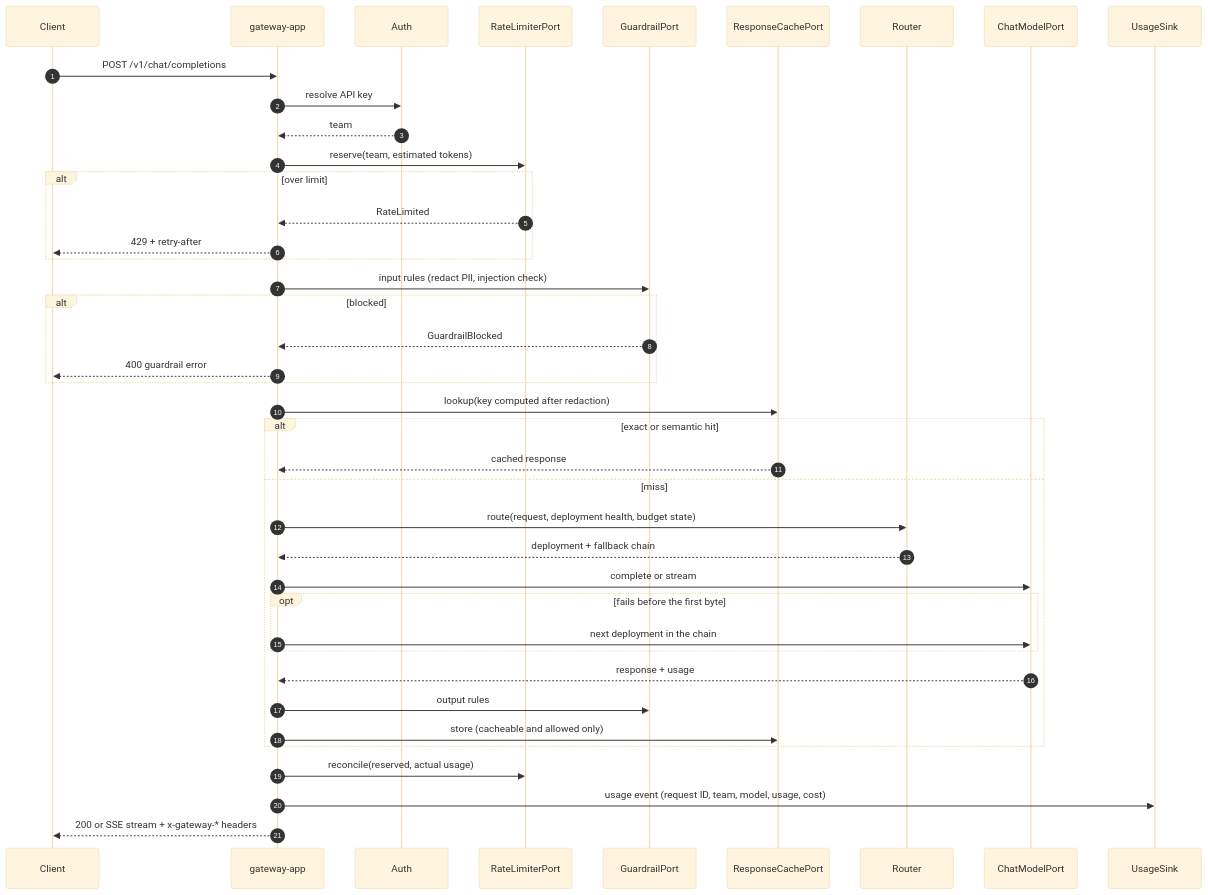
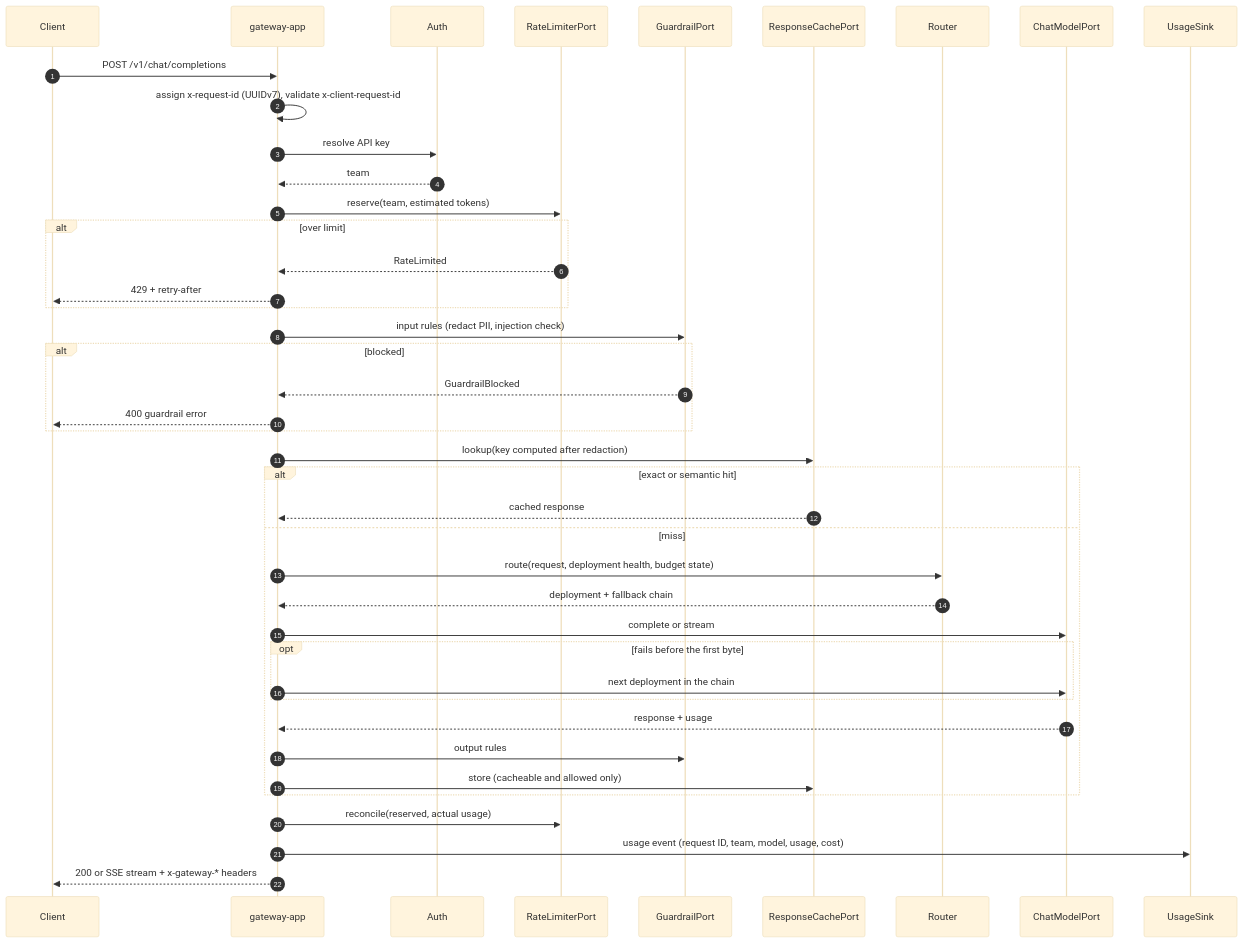
Before and after one commit to pdroacordi/kotlin-llm-gateway: the diagram in docs/diagrams/sequence-chat-completion.md, drawn with Mermaid (base theme). The commit also changed other lines of this file and 59 other files, not shown here.

````diff
--- a/docs/diagrams/sequence-chat-completion.md
+++ b/docs/diagrams/sequence-chat-completion.md
@@ -5,44 +5,45 @@
 ```mermaid
 sequenceDiagram
     autonumber
     participant C as Client
     participant API as gateway-app
     participant A as Auth
     participant RL as RateLimiterPort
     participant G as GuardrailPort
     participant K as ResponseCachePort
     participant R as Router
     participant P as ChatModelPort
     participant U as UsageSink
 
     C->>API: POST /v1/chat/completions
+    API->>API: assign x-request-id (UUIDv7), validate x-client-request-id
     API->>A: resolve API key
     A-->>API: team
     API->>RL: reserve(team, estimated tokens)
     alt over limit
         RL-->>API: RateLimited
         API-->>C: 429 + retry-after
     end
     API->>G: input rules (redact PII, injection check)
     alt blocked
         G-->>API: GuardrailBlocked
         API-->>C: 400 guardrail error
     end
     API->>K: lookup(key computed after redaction)
     alt exact or semantic hit
         K-->>API: cached response
     else miss
         API->>R: route(request, deployment health, budget state)
         R-->>API: deployment + fallback chain
         API->>P: complete or stream
         opt fails before the first byte
             API->>P: next deployment in the chain
         end
         P-->>API: response + usage
         API->>G: output rules
         API->>K: store (cacheable and allowed only)
     end
     API->>RL: reconcile(reserved, actual usage)
     API->>U: usage event (request ID, team, model, usage, cost)
     API-->>C: 200 or SSE stream + x-gateway-* headers
 ```
````
